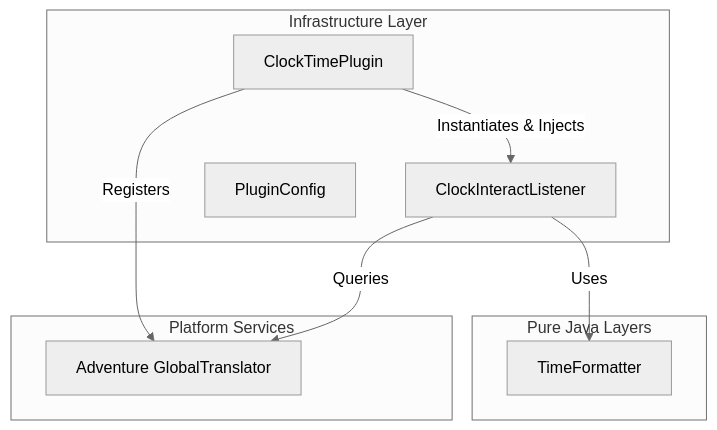
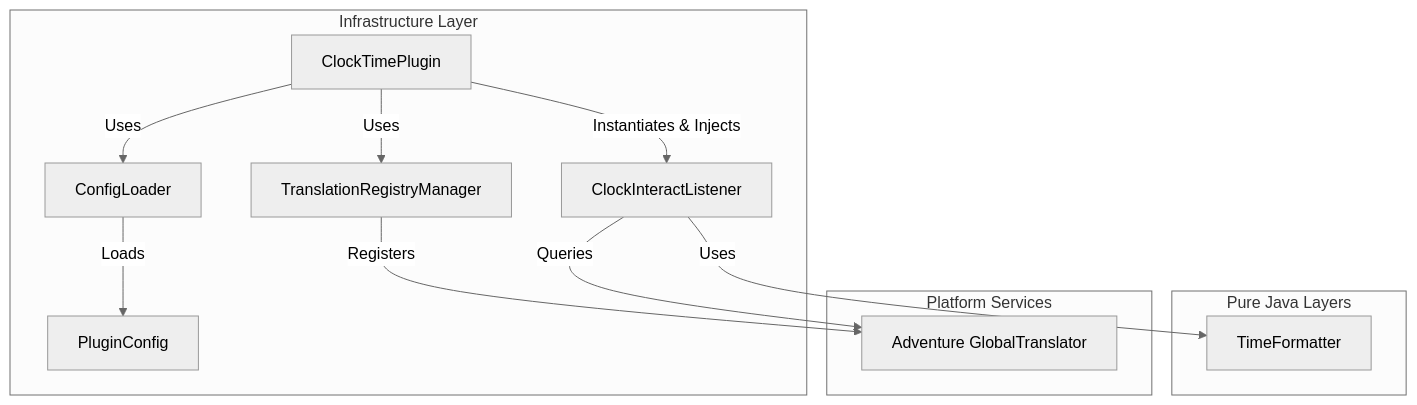
One commit to beduality/clock-gui changed the first of 2 diagrams in docs/architecture.md. Above: the diagram before and after it, drawn with Mermaid (neutral theme). The commit also changed other lines of this file and 3 other files, not shown here.

Commit message:
Refactor: delegate loading and translation duties into dedicated classes and update architecture diagrams

````diff
--- a/docs/architecture.md
+++ b/docs/architecture.md
@@ -9,21 +9,26 @@
 ```mermaid
 graph TD
     subgraph Infrastructure [Infrastructure Layer]
         ClockTimePlugin[ClockTimePlugin]
+        ConfigLoader[ConfigLoader]
+        TranslationRegistryManager[TranslationRegistryManager]
         ClockInteractListener[ClockInteractListener]
         PluginConfig[PluginConfig]
     end
 
     subgraph PureJava [Pure Java Layers]
         TimeFormatter[TimeFormatter]
     end
 
     subgraph Platform [Platform Services]
         GlobalTranslator[Adventure GlobalTranslator]
     end
 
-    ClockTimePlugin --> |Registers| GlobalTranslator
+    ClockTimePlugin --> |Uses| ConfigLoader
+    ClockTimePlugin --> |Uses| TranslationRegistryManager
     ClockTimePlugin --> |Instantiates & Injects| ClockInteractListener
+    ConfigLoader --> |Loads| PluginConfig
+    TranslationRegistryManager --> |Registers| GlobalTranslator
     ClockInteractListener --> |Uses| TimeFormatter
     ClockInteractListener --> |Queries| GlobalTranslator
 ```
````
